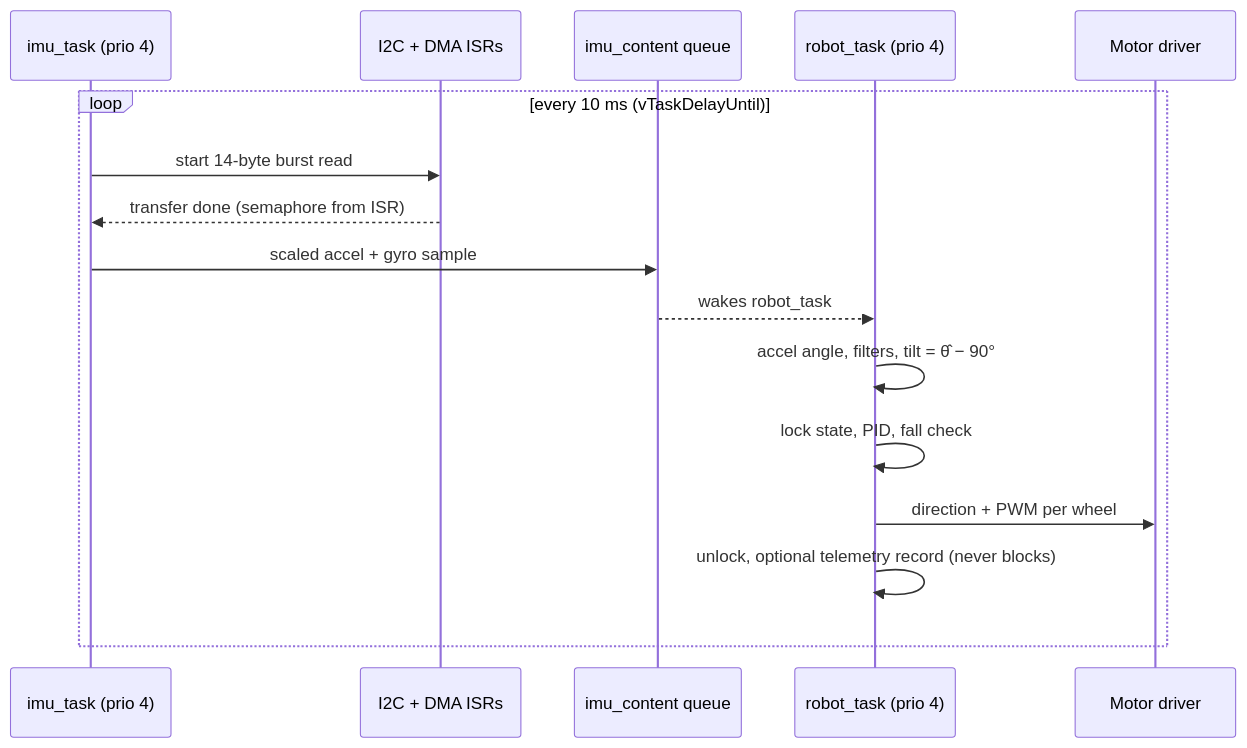
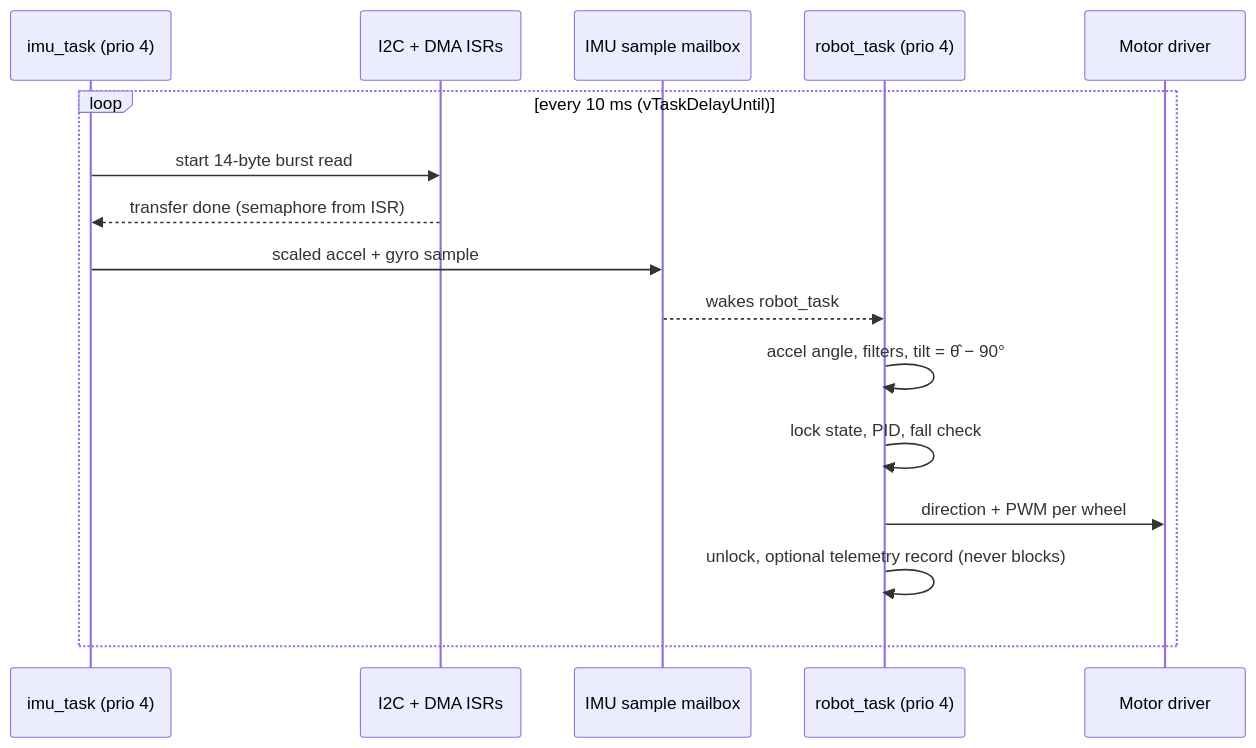
Before and after one commit to machadothi/balancing_robot: the third of 3 diagrams in docs/01-system-overview.md, drawn with Mermaid. The commit also changed other lines of this file and 10 other files, not shown here.

First line of the commit message:
docs: update for decoupled architecture, add link checker

````diff
--- a/docs/01-system-overview.md
+++ b/docs/01-system-overview.md
@@ -82,19 +82,19 @@
 ```mermaid
 sequenceDiagram
     participant IMU as imu_task (prio 4)
     participant DMA as I2C + DMA ISRs
-    participant Q as imu_content queue
+    participant Q as IMU sample mailbox
     participant R as robot_task (prio 4)
     participant M as Motor driver
 
     loop every 10 ms (vTaskDelayUntil)
         IMU->>DMA: start 14-byte burst read
         DMA-->>IMU: transfer done (semaphore from ISR)
         IMU->>Q: scaled accel + gyro sample
         Q-->>R: wakes robot_task
         R->>R: accel angle, filters, tilt = θ̂ − 90°
         R->>R: lock state, PID, fall check
         R->>M: direction + PWM per wheel
         R->>R: unlock, optional telemetry record (never blocks)
     end
 ```
````
